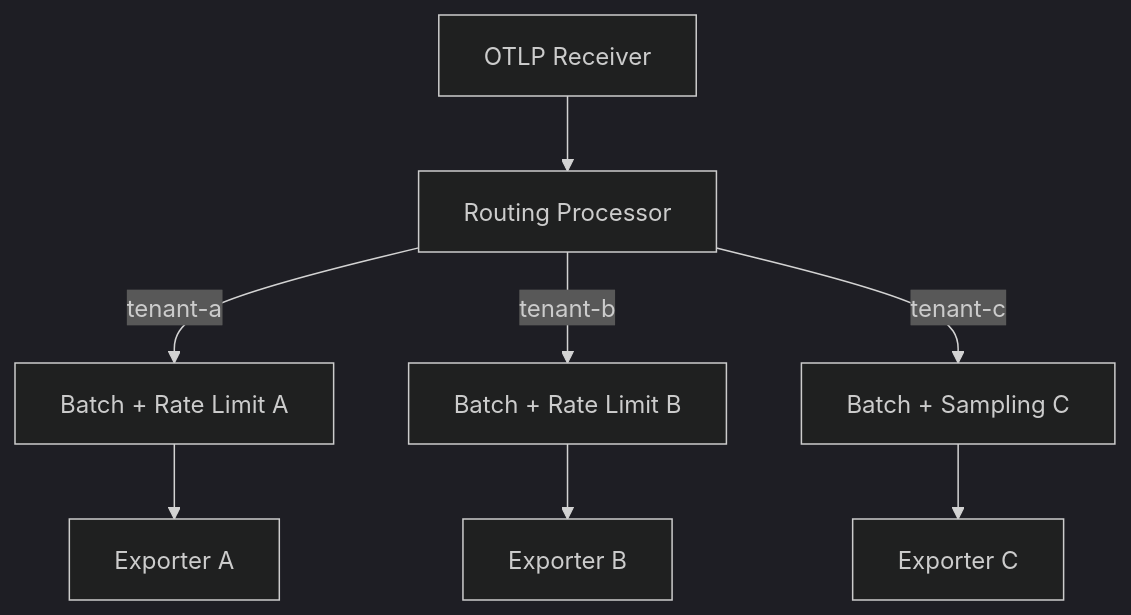
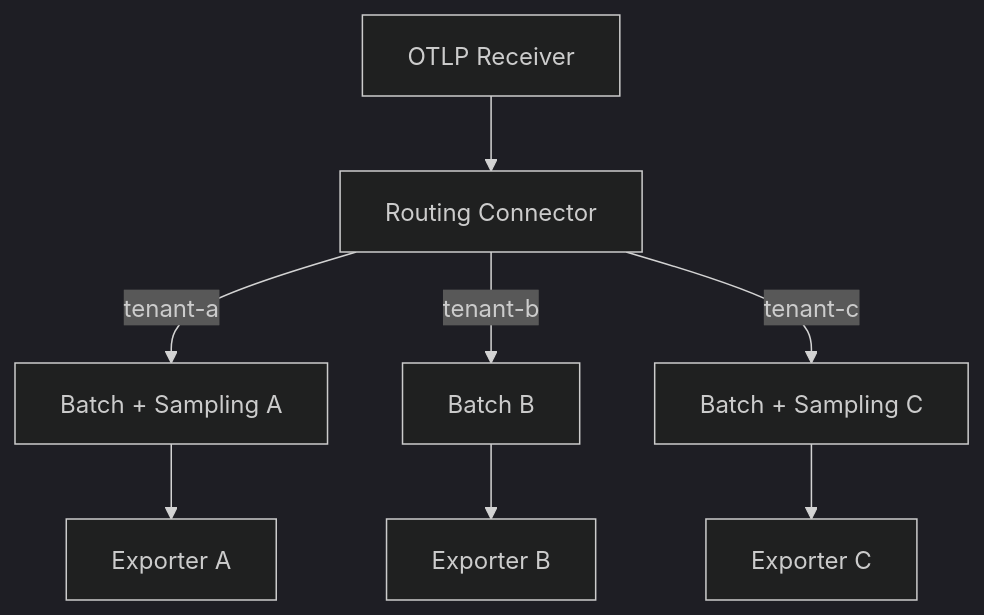
One commit to OneUptime/blog changed the second of 2 diagrams in posts/2026-02-06-multi-tenant-observability-pipelines-routing/README.md. Above: the diagram before and after it, drawn with Mermaid (dark theme). The commit also changed other lines of this file and 2 other files, not shown here.

Commit message:
validate: 2026-02-06-multi-tenant-observability-pipelines-routing

````diff
--- a/posts/2026-02-06-multi-tenant-observability-pipelines-routing/README.md
+++ b/posts/2026-02-06-multi-tenant-observability-pipelines-routing/README.md
@@ -191,10 +199,10 @@
 ```mermaid
 graph TD
-    R[OTLP Receiver] --> RP[Routing Processor]
-    RP -->|tenant-a| PA[Batch + Rate Limit A]
-    RP -->|tenant-b| PB[Batch + Rate Limit B]
-    RP -->|tenant-c| PC[Batch + Sampling C]
+    R[OTLP Receiver] --> RC[Routing Connector]
+    RC -->|tenant-a| PA[Batch + Sampling A]
+    RC -->|tenant-b| PB[Batch B]
+    RC -->|tenant-c| PC[Batch + Sampling C]
     PA --> EA[Exporter A]
     PB --> EB[Exporter B]
     PC --> EC[Exporter C]
 ```
````
